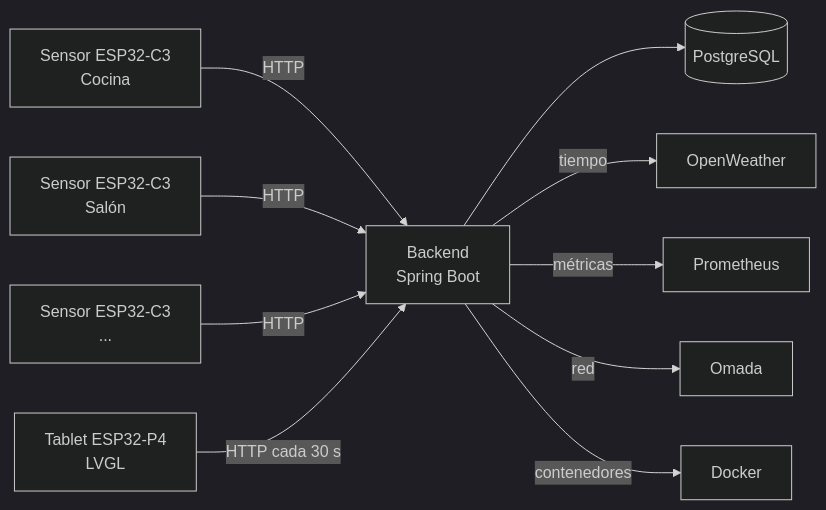
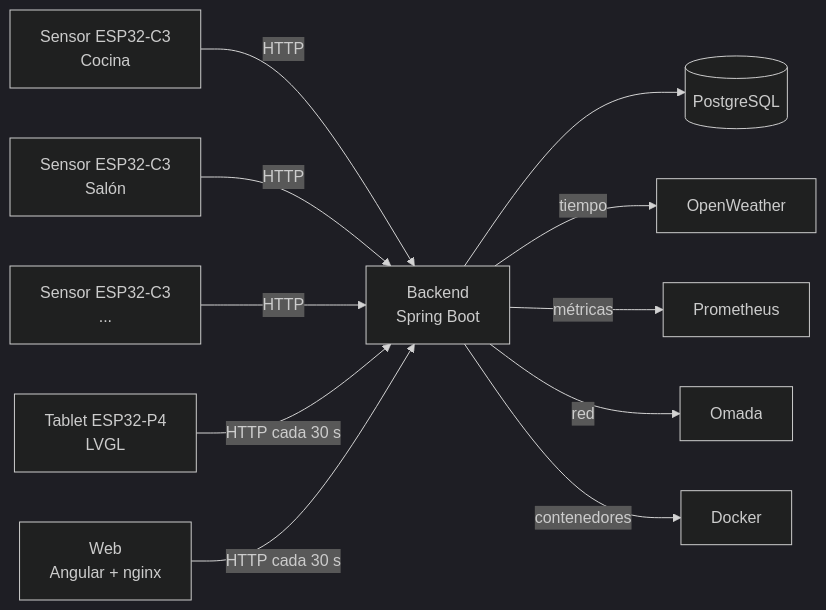
The diagram in README.es.md (bahguta/bahguta-Homelab), drawn with Mermaid (dark theme) before and after one commit. The commit also changed other lines of this file and 91 other files, not shown here.

````diff
--- a/README.es.md
+++ b/README.es.md
@@ -90,12 +93,13 @@
 ```mermaid
 flowchart LR
     S1["Sensor ESP32-C3<br/>Cocina"] -->|HTTP| API
     S2["Sensor ESP32-C3<br/>Salón"] -->|HTTP| API
     S3["Sensor ESP32-C3<br/>..."] -->|HTTP| API
     API["Backend<br/>Spring Boot"] --> DB[("PostgreSQL")]
     API -->|"tiempo"| OW["OpenWeather"]
     API -->|"métricas"| PROM["Prometheus"]
     API -->|"red"| OM["Omada"]
     API -->|"contenedores"| DOCKER["Docker"]
     TAB["Tablet ESP32-P4<br/>LVGL"] -->|"HTTP cada 30 s"| API
+    WEB["Web<br/>Angular + nginx"] -->|"HTTP cada 30 s"| API
 ```
````
